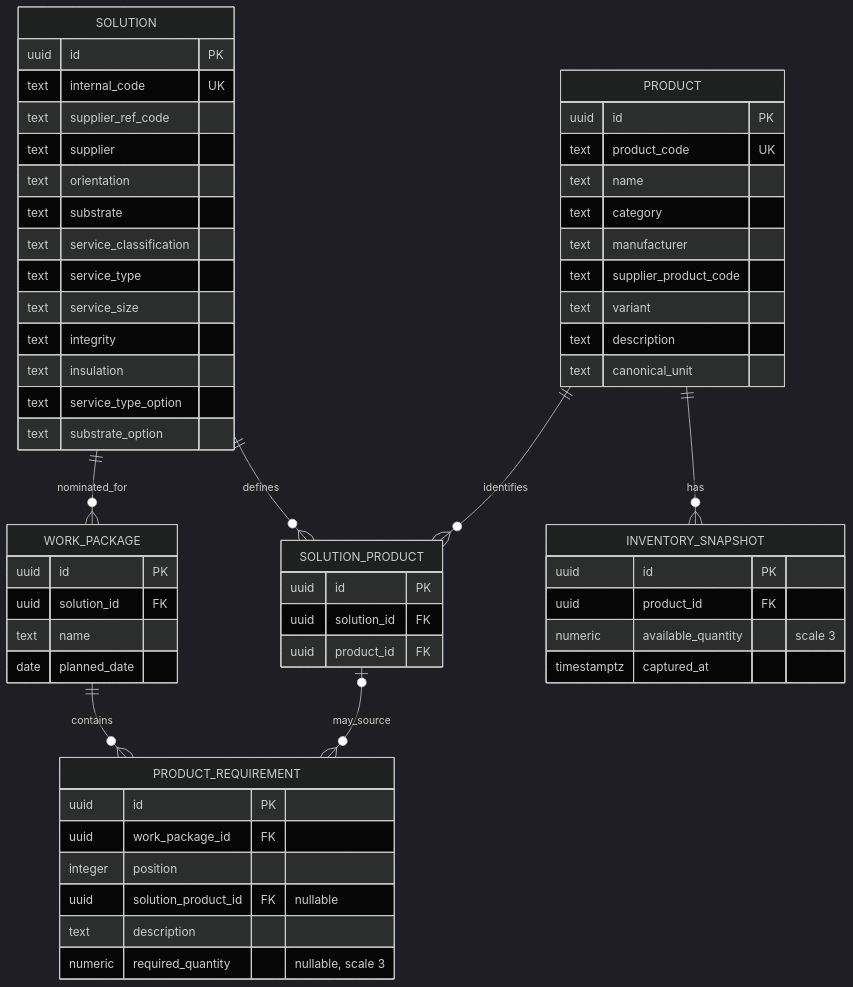
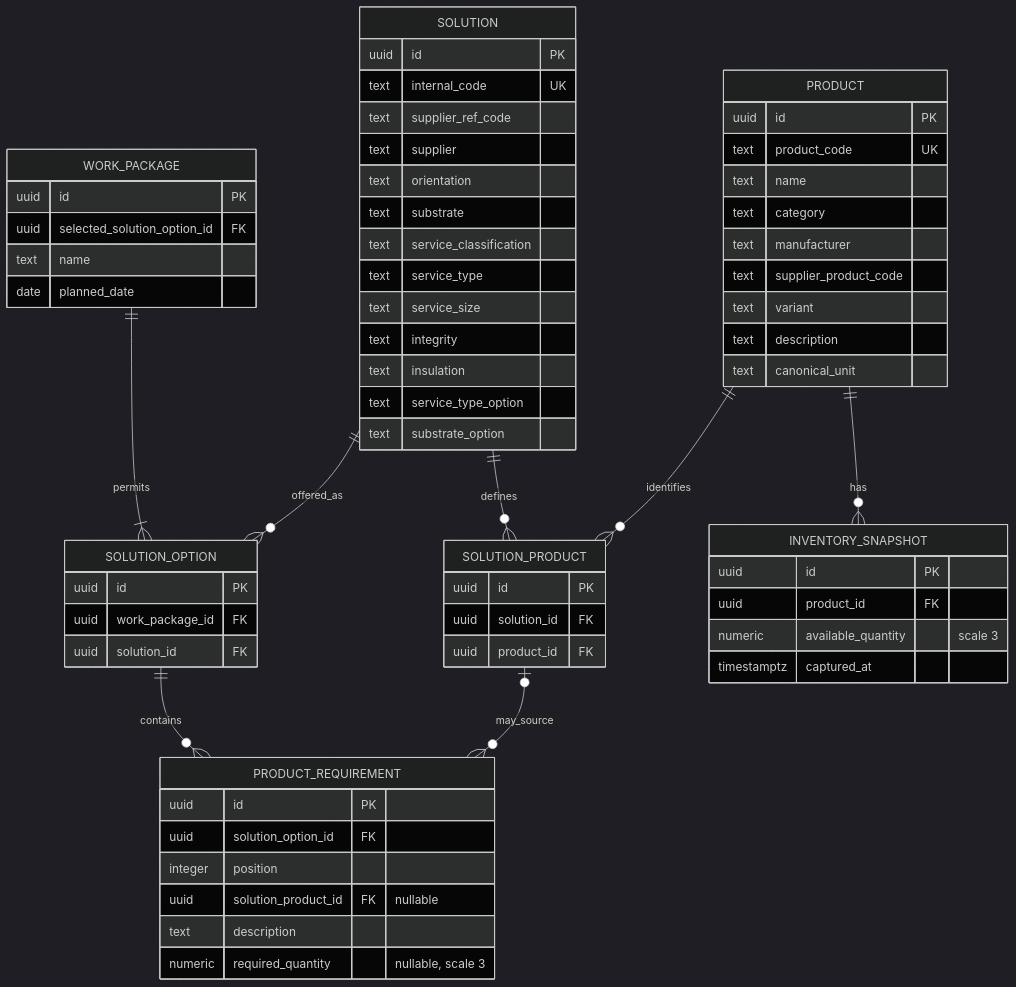
One commit to jiqiang90/qantum-stock changed the seventh of 7 diagrams in docs/architecture/overview.md. Above: the diagram before and after it, drawn with Mermaid (dark theme). The commit also changed other lines of this file and 71 other files, not shown here.

````diff
--- a/docs/architecture/overview.md
+++ b/docs/architecture/overview.md
@@ -222,61 +229,67 @@
 ```mermaid
 erDiagram
-    SOLUTION ||--o{ WORK_PACKAGE : nominated_for
+    WORK_PACKAGE ||--|{ SOLUTION_OPTION : permits
+    SOLUTION ||--o{ SOLUTION_OPTION : offered_as
     SOLUTION ||--o{ SOLUTION_PRODUCT : defines
     PRODUCT ||--o{ SOLUTION_PRODUCT : identifies
-    WORK_PACKAGE ||--o{ PRODUCT_REQUIREMENT : contains
+    SOLUTION_OPTION ||--o{ PRODUCT_REQUIREMENT : contains
     SOLUTION_PRODUCT o|--o{ PRODUCT_REQUIREMENT : may_source
     PRODUCT ||--o{ INVENTORY_SNAPSHOT : has
 
     SOLUTION {
         uuid id PK
         text internal_code UK
         text supplier_ref_code
         text supplier
         text orientation
         text substrate
         text service_classification
         text service_type
         text service_size
         text integrity
         text insulation
         text service_type_option
         text substrate_option
     }
     WORK_PACKAGE {
         uuid id PK
-        uuid solution_id FK
+        uuid selected_solution_option_id FK
         text name
         date planned_date
+    }
+    SOLUTION_OPTION {
+        uuid id PK
+        uuid work_package_id FK
+        uuid solution_id FK
     }
     PRODUCT {
         uuid id PK
         text product_code UK
         text name
         text category
         text manufacturer
         text supplier_product_code
         text variant
         text description
         text canonical_unit
     }
     SOLUTION_PRODUCT {
         uuid id PK
         uuid solution_id FK
         uuid product_id FK
     }
     PRODUCT_REQUIREMENT {
         uuid id PK
-        uuid work_package_id FK
+        uuid solution_option_id FK
         integer position
         uuid solution_product_id FK "nullable"
         text description
         numeric required_quantity "nullable, scale 3"
     }
     INVENTORY_SNAPSHOT {
         uuid id PK
         uuid product_id FK
         numeric available_quantity "scale 3"
         timestamptz captured_at
     }
 ```
````
